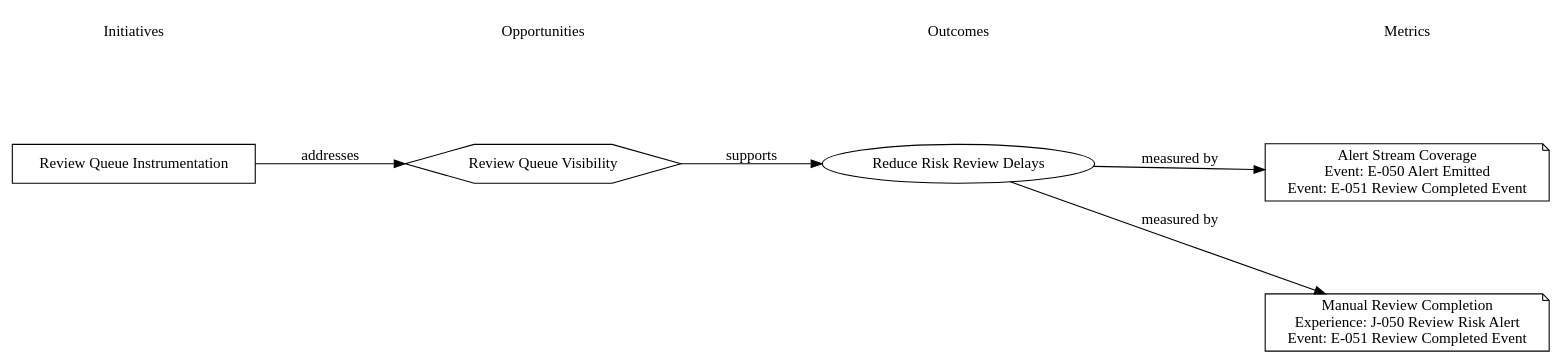
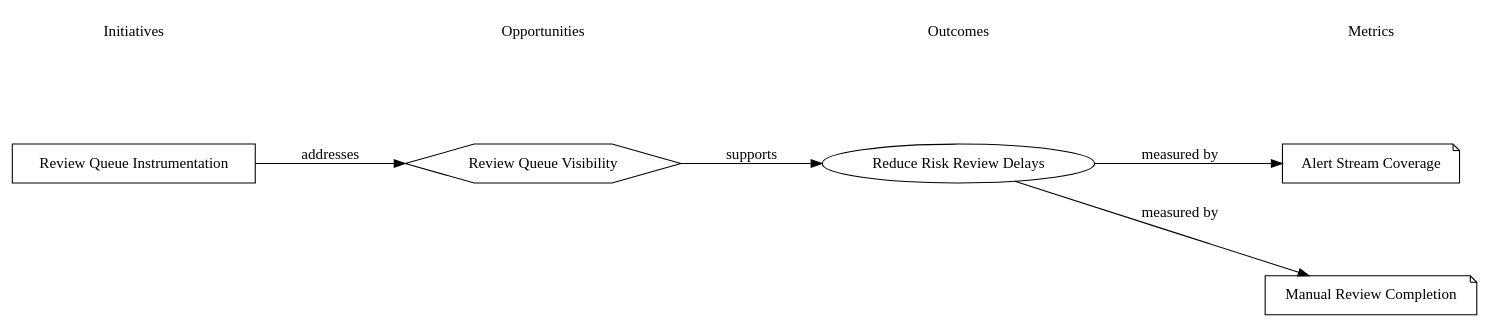
Before and after one commit to knutopia/Structured-Design-Documents: the diagram in examples/rendered/v0.1/outcome_opportunity_map_diagram_type/metric_event_instrumentation_example/simple_profile/metric_event_instrumentation.outcome_opportunity_map.dot, drawn with Graphviz. The commit also changed 42 other files, not shown here.

```diff
--- a/examples/rendered/v0.1/outcome_opportunity_map_diagram_type/metric_event_instrumentation_example/simple_profile/metric_event_instrumentation.outcome_opportunity_map.dot
+++ b/examples/rendered/v0.1/outcome_opportunity_map_diagram_type/metric_event_instrumentation_example/simple_profile/metric_event_instrumentation.outcome_opportunity_map.dot
@@ -1,39 +1,39 @@
 digraph outcome_opportunity_map {
   rankdir=LR;
   graph [fontname="Public Sans", nodesep=0.6, ranksep=1.0];
   node [fontname="Public Sans"];
   edge [fontname="Public Sans"];
   subgraph rank_initiative {
     rank=same;
     "lane_initiative" [shape=plaintext, label="Initiatives"];
     "I-050" [shape="box", label="Review Queue Instrumentation"];
   }
   subgraph rank_opportunity {
     rank=same;
     "lane_opportunity" [shape=plaintext, label="Opportunities"];
     "OP-050" [shape="hexagon", label="Review Queue Visibility"];
   }
   subgraph rank_outcome {
     rank=same;
     "lane_outcome" [shape=plaintext, label="Outcomes"];
     "O-050" [shape="ellipse", label="Reduce Risk Review Delays"];
   }
   subgraph rank_metric {
     rank=same;
     "lane_metric" [shape=plaintext, label="Metrics"];
-    "M-050" [shape="note", label="Alert Stream Coverage\nEvent: E-050 Alert Emitted\nEvent: E-051 Review Completed Event"];
-    "M-051" [shape="note", label="Manual Review Completion\nExperience: J-050 Review Risk Alert\nEvent: E-051 Review Completed Event"];
+    "M-050" [shape="note", label="Alert Stream Coverage"];
+    "M-051" [shape="note", label="Manual Review Completion"];
   }
   "lane_initiative" -> "lane_opportunity" [style=invis, weight=100];
   "lane_opportunity" -> "lane_outcome" [style=invis, weight=100];
   "lane_outcome" -> "lane_metric" [style=invis, weight=100];
   "lane_initiative" -> "I-050" [style=invis, weight=100];
   "lane_opportunity" -> "OP-050" [style=invis, weight=100];
   "lane_outcome" -> "O-050" [style=invis, weight=100];
   "lane_metric" -> "M-050" [style=invis, weight=100];
   "M-050" -> "M-051" [style=invis, weight=100];
   "I-050" -> "OP-050" [label="addresses"];
   "O-050" -> "M-050" [label="measured by"];
   "O-050" -> "M-051" [label="measured by"];
   "OP-050" -> "O-050" [label="supports"];
 }
```
